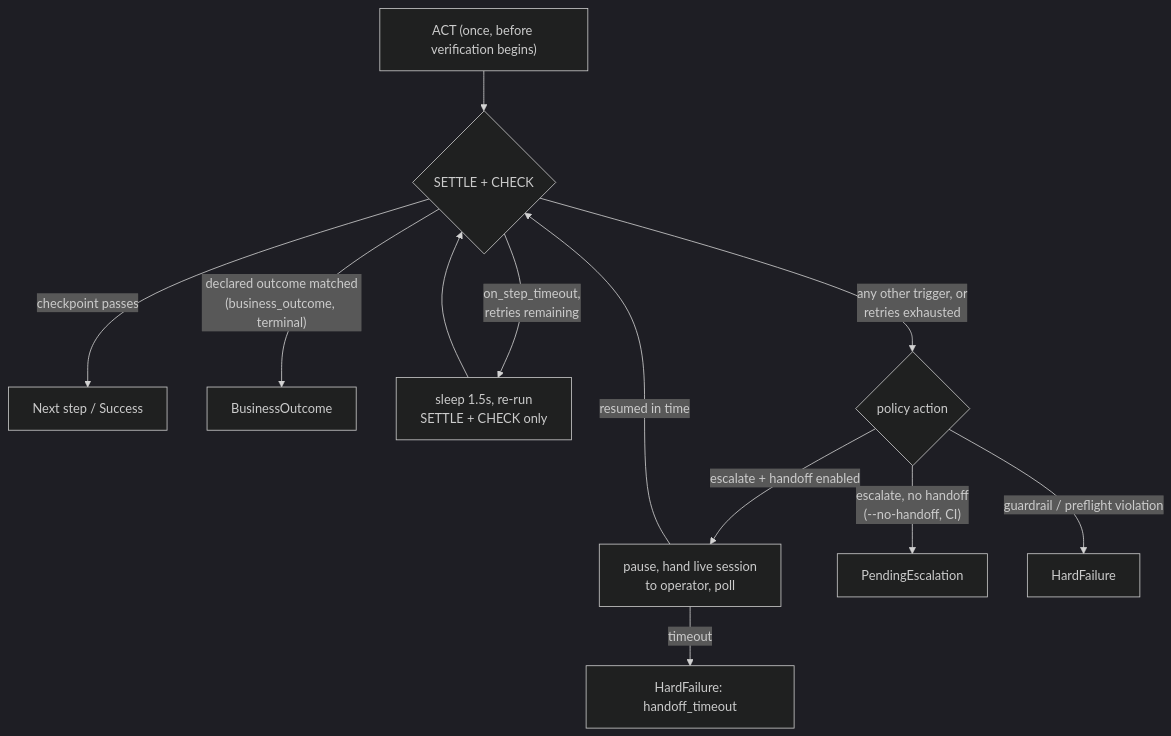
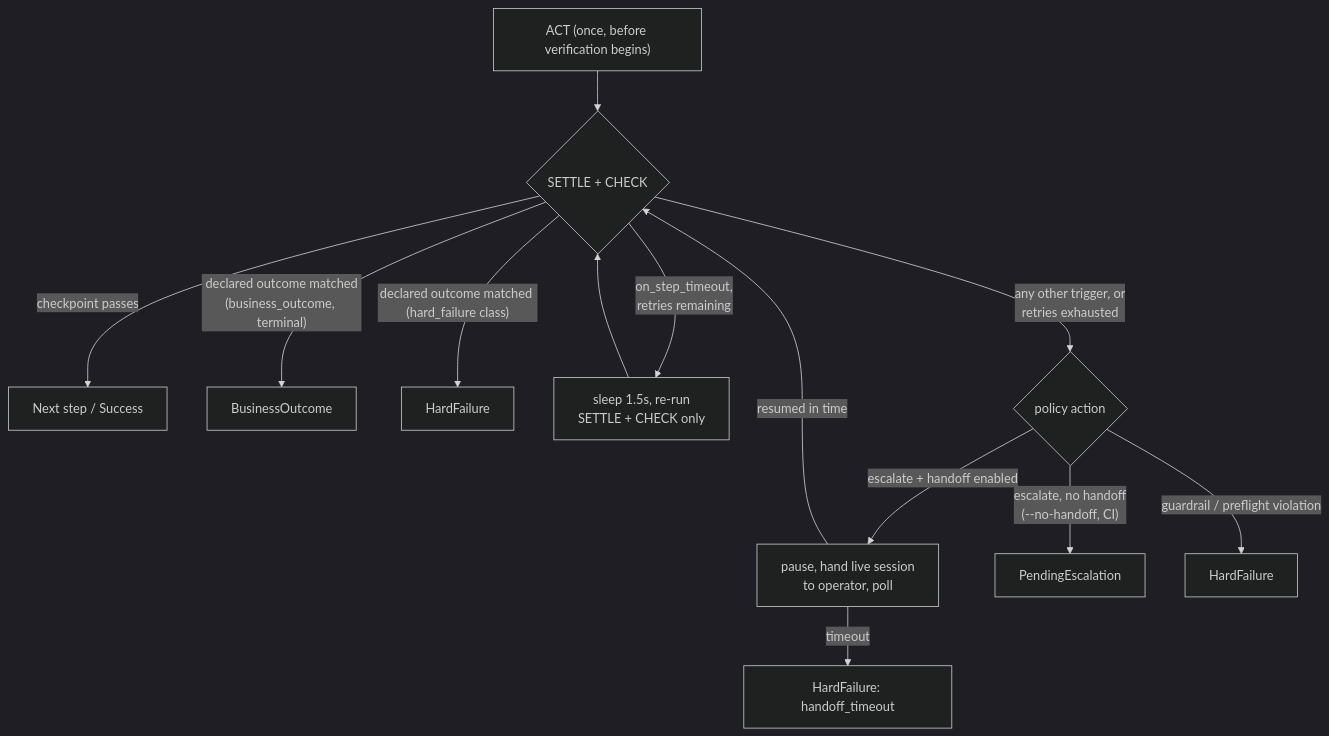
Before and after one commit to Niramay-Kelkar/discovery-replay: the third of 3 diagrams in REPORT.md, drawn with Mermaid (dark theme). The commit also changed other lines of this file and 1 other file, not shown here.

````diff
--- a/REPORT.md
+++ b/REPORT.md
@@ -102,14 +102,15 @@
 ```mermaid
 flowchart TD
     ACT["ACT (once, before verification begins)"] --> CHECK{"SETTLE + CHECK"}
     CHECK -->|checkpoint passes| NEXT[Next step / Success]
     CHECK -->|"declared outcome matched<br/>(business_outcome, terminal)"| BO[BusinessOutcome]
+    CHECK -->|"declared outcome matched (hard_failure class)"| HF3[HardFailure]
     CHECK -->|"on_step_timeout,<br/>retries remaining"| RETRY["sleep 1.5s, re-run<br/>SETTLE + CHECK only"]
     RETRY --> CHECK
     CHECK -->|"any other trigger, or<br/>retries exhausted"| TRIG{"policy action"}
     TRIG -->|escalate + handoff enabled| PAUSE["pause, hand live session<br/>to operator, poll"]
     PAUSE -->|resumed in time| CHECK
     PAUSE -->|timeout| HF1[HardFailure: handoff_timeout]
     TRIG -->|"escalate, no handoff<br/>(--no-handoff, CI)"| PE[PendingEscalation]
     TRIG -->|guardrail / preflight violation| HF2[HardFailure]
 ```
````
